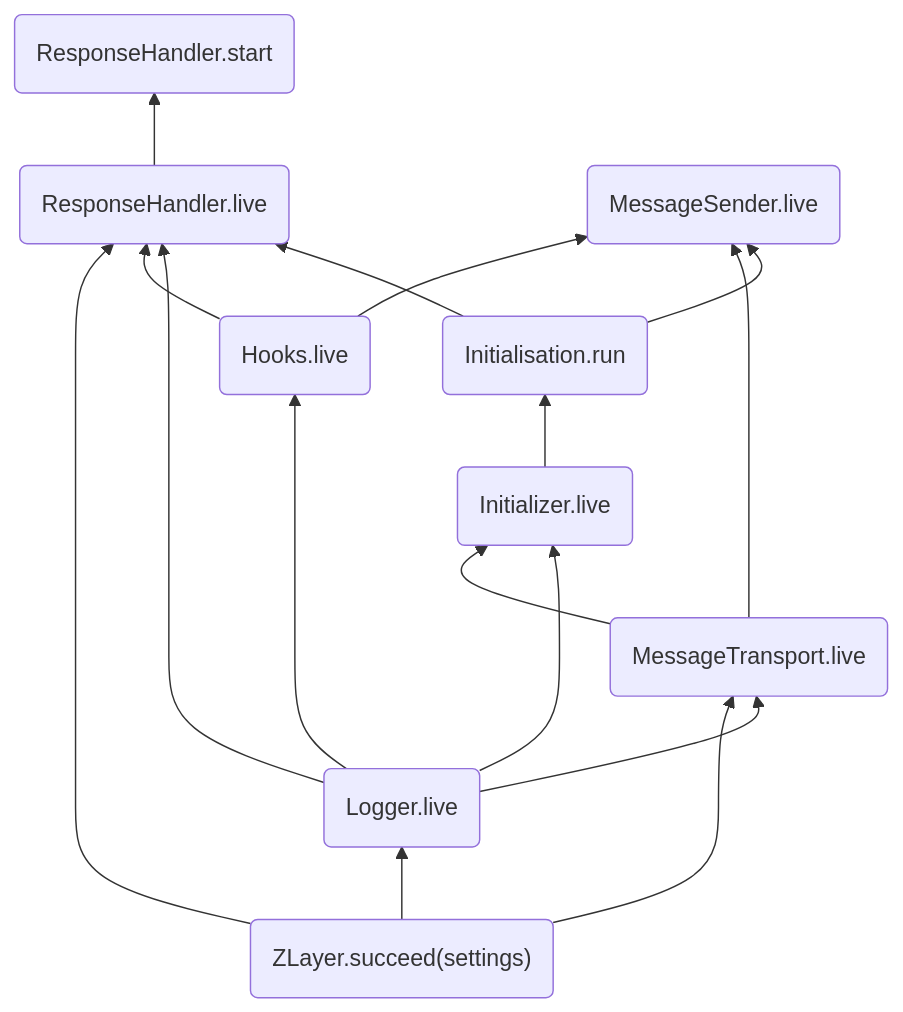
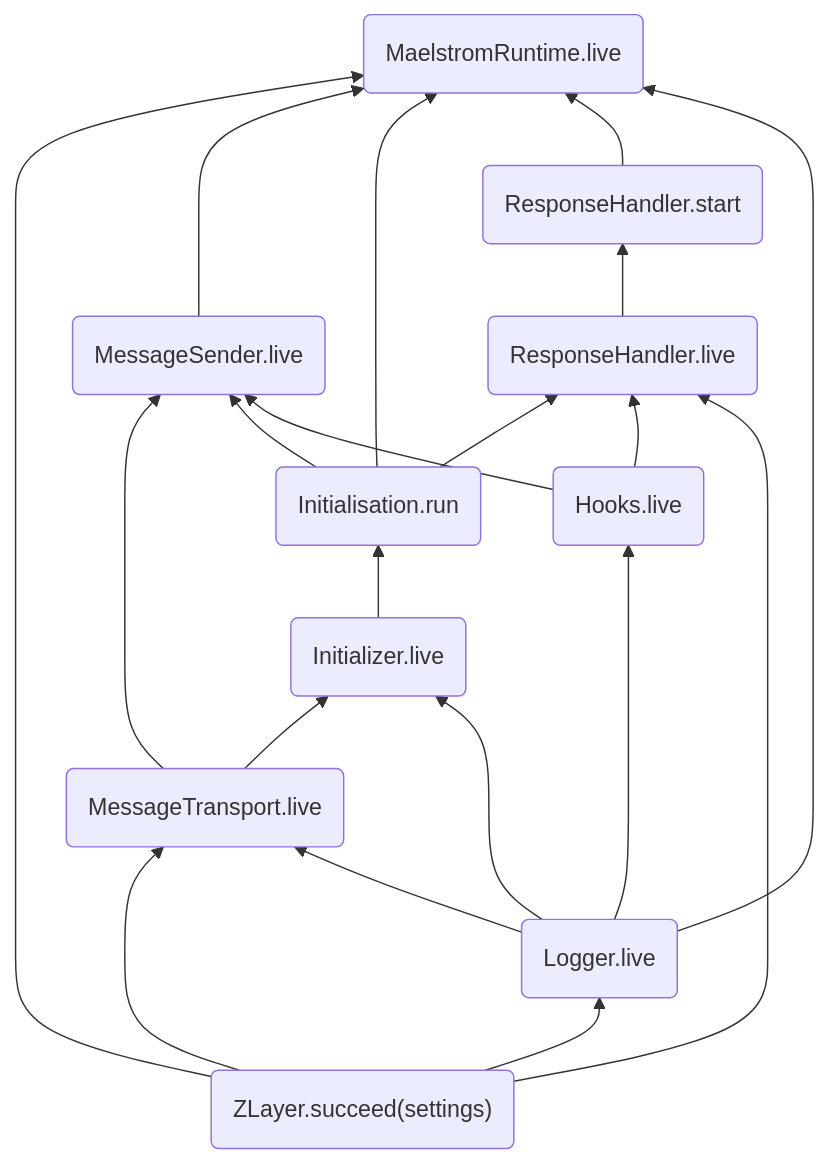
One commit to bilal-fazlani/zio-maelstrom changed the diagram in docs/library-design/index.md. Above: the diagram before and after it, drawn with Mermaid. The commit also changed other lines of this file and 5 other files, not shown here.

````diff
--- a/docs/library-design/index.md
+++ b/docs/library-design/index.md
@@ -52,20 +52,31 @@
 ```mermaid
 graph BT
-L1("Initialisation.run")
-L2("Initializer.live") --> L1
+L2("Initializer.live") --> L1("Initialisation.run")
+
 L3("ZLayer.succeed(settings)") --> L4("Logger.live")
-L4 --> L5("MessageTransport.live")
-L3 --> L5
+
+L3 --> L5("MessageTransport.live")
+L4 --> L5
+
 L4 --> L6("Hooks.live")
+
 L1 --> L7("ResponseHandler.live")
-L4 --> L7
 L6 --> L7
 L3 --> L7
-L1 --> L8("MessageSender.live")
-L5 --> L8
+
+L5 --> L8("MessageSender.live")
+L1 --> L8
 L6 --> L8
+
+L5 --> L2
 L4 --> L2
-L5 --> L2
+
 L7 --> L9("ResponseHandler.start")
-L3
+
+L3 --> L10("MaelstromRuntime.live")
+L8 --> L10
+L1 --> L10
+L9 --> L10
+L4 --> L10
+
 ```
````
